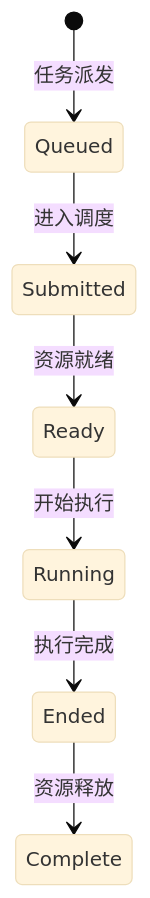
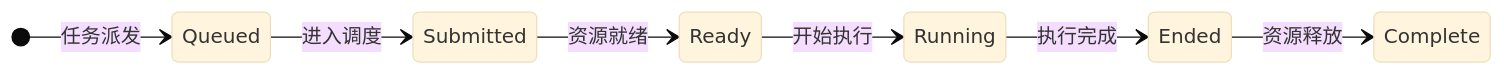
One commit to KinChow/MyKnowledge changed the diagram in docs/computer-science/computer-systems/computer-architecture-and-organization/processor/types/gpu/api/opencl/overview-of-opencl/overview-of-opencl.md. Above: the diagram before and after it, drawn with Mermaid (base theme). The commit also changed other lines of this file, not shown here.

First line of the commit message:
Add direction to Mermaid diagram and remove unused image

````diff
--- a/docs/computer-science/computer-systems/computer-architecture-and-organization/processor/types/gpu/api/opencl/overview-of-opencl/overview-of-opencl.md
+++ b/docs/computer-science/computer-systems/computer-architecture-and-organization/processor/types/gpu/api/opencl/overview-of-opencl/overview-of-opencl.md
@@ -186,9 +186,10 @@
 ```mermaid
 stateDiagram
+direction LR
     [*] --> Queued : 任务派发
     Queued --> Submitted : 进入调度
     Submitted --> Ready : 资源就绪
     Ready --> Running : 开始执行
     Running --> Ended : 执行完成
     Ended --> Complete : 资源释放
 ```
````
